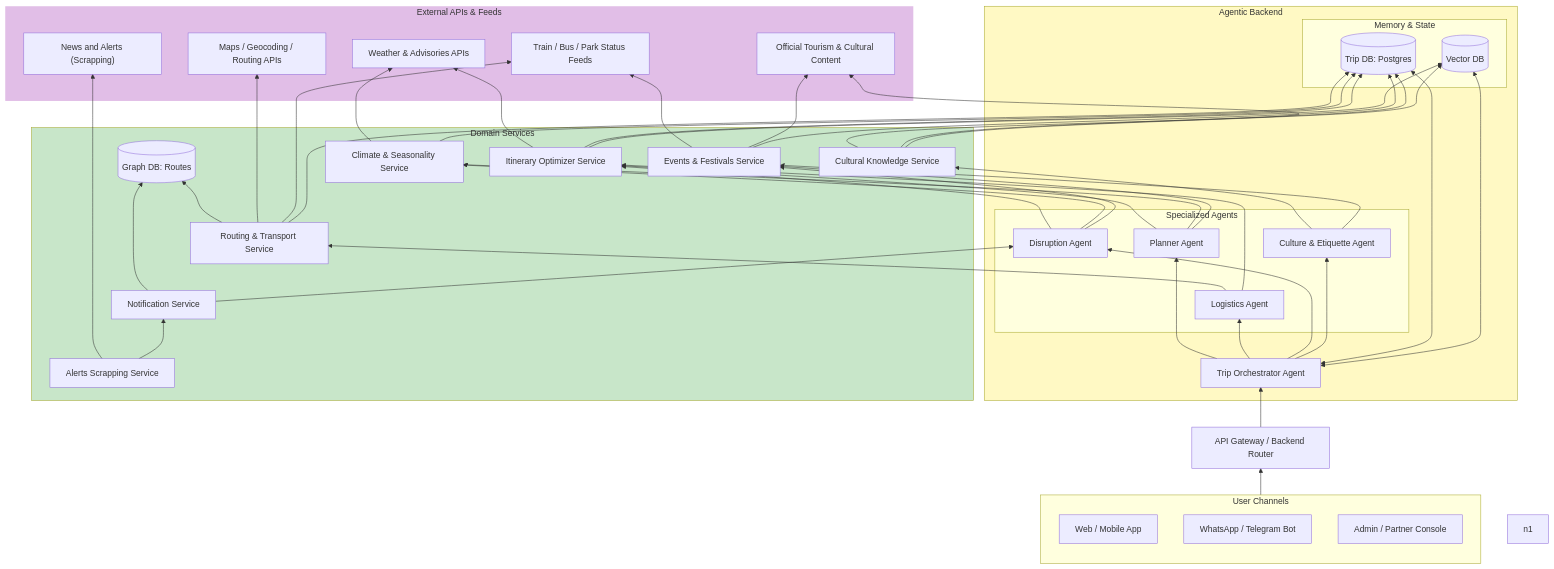
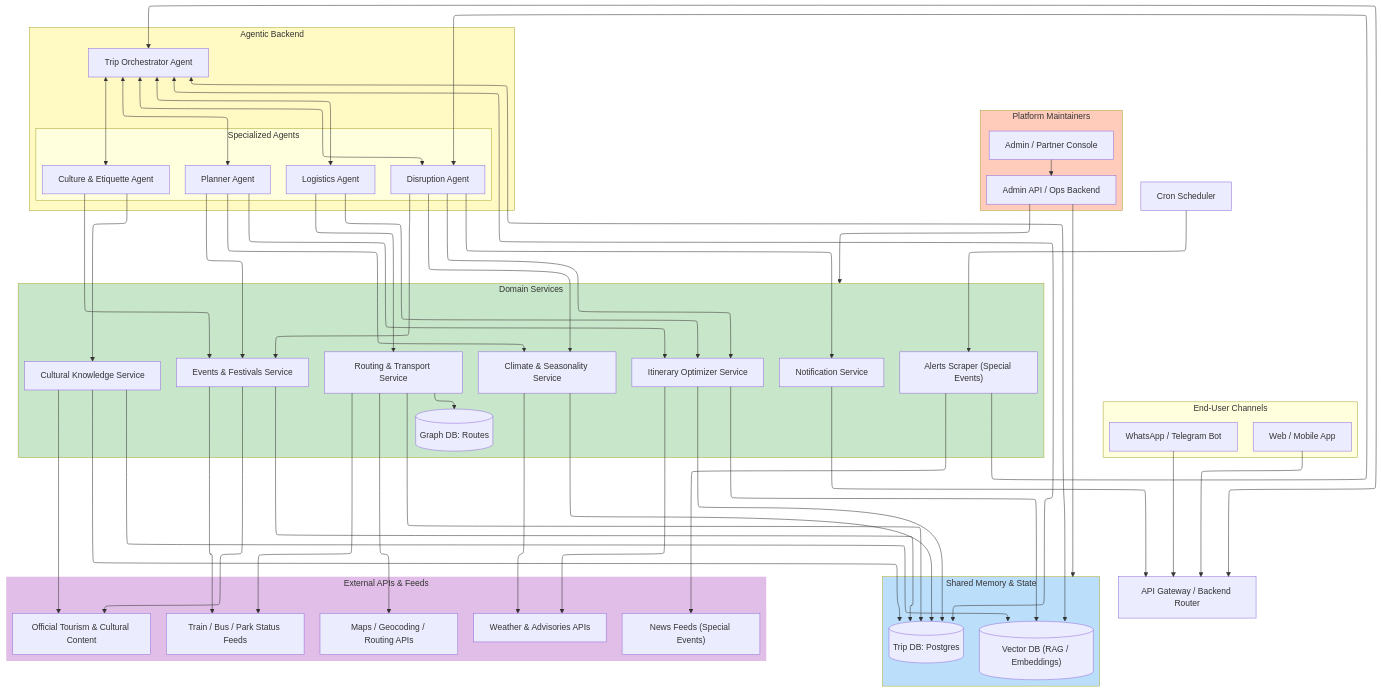
One commit to Agentrix-ComES/AGENTRIX26-TEAM02-Team_Egress changed the diagram in docs/architecture.mermaid. Above: the diagram before and after it, drawn with Mermaid. The commit also changed 9 other files, not shown here.

First line of the commit message:
Add LaTeX document for AI-Powered Timeline Travel Planning Platform

```diff
--- a/docs/architecture.mermaid
+++ b/docs/architecture.mermaid
@@ -1,63 +1,72 @@
 ---
 config:
-  layout: fixed
+  layout: elk
 ---
-flowchart BT
- subgraph Channels["User Channels"]
+flowchart TB
+ subgraph Channels["End-User Channels"]
         UWeb["Web / Mobile App"]
         UChat["WhatsApp / Telegram Bot"]
+  end
+ subgraph Admin["Platform Maintainers"]
         UAdmin["Admin / Partner Console"]
+        AdminGW["Admin API / Ops Backend"]
   end
  subgraph Agents["Specialized Agents"]
         PlannerA["Planner Agent"]
         LogisticsA["Logistics Agent"]
         DisruptionA["Disruption Agent"]
         CultureA["Culture & Etiquette Agent"]
   end
- subgraph State["Memory & State"]
-        TripDB[("Trip DB: Postgres")]
-        VecDB[("Vector DB")]
-  end
  subgraph AgenticBackend["Agentic Backend"]
         Orchestrator["Trip Orchestrator Agent"]
         Agents
-        State
+  end
+ subgraph State["Shared Memory & State"]
+        TripDB[("Trip DB: Postgres")]
+        VecDB[("Vector DB (RAG / Embeddings)")]
   end
  subgraph Domain["Domain Services"]
         ItinSvc["Itinerary Optimizer Service"]
         RouteSvc["Routing & Transport Service"]
         ClimateSvc["Climate & Seasonality Service"]
         EventSvc["Events & Festivals Service"]
         CultureSvc["Cultural Knowledge Service"]
-        AlertsScrappingSvc["Alerts Scrapping Service"]
+        AlertsSvc["Alerts Scraper (Special Events)"]
         NotificationSvc["Notification Service"]
         GraphDB[("Graph DB: Routes")]
   end
  subgraph External["External APIs & Feeds"]
         WeatherAPI["Weather & Advisories APIs"]
         MapsAPI["Maps / Geocoding / Routing APIs"]
         TransportAPI["Train / Bus / Park Status Feeds"]
         TourismAPI["Official Tourism & Cultural Content"]
-        News&Alerts["News and Alerts (Scrapping)"]
+        NewsAlerts["News Feeds (Special Events)"]
   end
-    Channels --> APIGW["API Gateway / Backend Router"]
-    APIGW --> Orchestrator
-    Orchestrator --> PlannerA & LogisticsA & DisruptionA & CultureA
+    Cron["Cron Scheduler"]
+    UWeb --> APIGW["API Gateway / Backend Router"]
+    UChat --> APIGW
+    APIGW <--> Orchestrator
+    Orchestrator <--> PlannerA & LogisticsA & DisruptionA & CultureA
     Orchestrator <--> TripDB & VecDB
     PlannerA --> ItinSvc & ClimateSvc & EventSvc
     LogisticsA --> RouteSvc & ItinSvc
     DisruptionA --> ItinSvc & ClimateSvc & EventSvc
     CultureA --> CultureSvc & EventSvc
     RouteSvc --> GraphDB & MapsAPI & TransportAPI & TripDB
     ClimateSvc --> WeatherAPI & TripDB
     ItinSvc --> WeatherAPI & TripDB & VecDB
     EventSvc --> TransportAPI & TourismAPI & TripDB
     CultureSvc --> TourismAPI & TripDB & VecDB
-    AlertsScrappingSvc --> News&Alerts & NotificationSvc
-    NotificationSvc --> GraphDB & DisruptionA
-    n1["n1"]
-
-    n1@{ shape: rect}
+    Cron --> AlertsSvc
+    AlertsSvc --> NewsAlerts
+    AlertsSvc --> DisruptionA
+    DisruptionA --> NotificationSvc
+    NotificationSvc --> APIGW
+    UAdmin --> AdminGW
+    AdminGW --> Domain
+    AdminGW --> State
     style AgenticBackend fill:#FFF9C4
     style Domain fill:#C8E6C9
-    style External stroke:transparent,fill:#E1BEE7
+    style External fill:#E1BEE7,stroke:transparent
+    style State fill:#BBDEFB
+    style Admin fill:#FFCCBC
```
